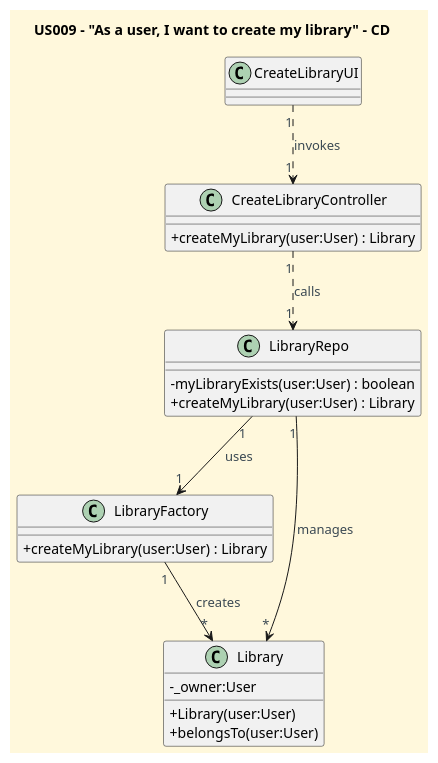
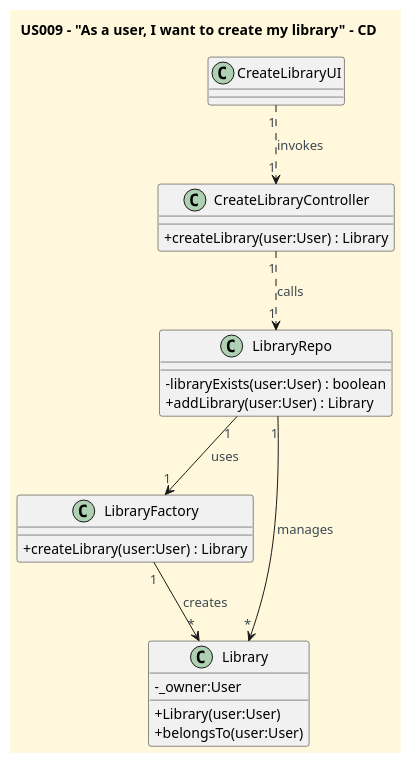
Before and after one commit to CarolinaLeite-collab/JavaMarketplacePlatform: the diagram in docs/userStories/US009/US009_create_my_library_CD.puml, drawn with PlantUML. The commit also changed 1 other file, not shown here.

```diff
--- a/docs/userStories/US009/US009_create_my_library_CD.puml
+++ b/docs/userStories/US009/US009_create_my_library_CD.puml
@@ -1,52 +1,48 @@
 @startuml
 'https://plantuml.com/class-diagram
 title US009 – "As a user, I want to create my library" - CD
 
 '==== basic style ====
 skinparam monochrome false
 skinparam shadowing false
 skinparam defaultFontName Futura
 skinparam objectFontSize 20
 skinparam backgroundColor CornSilk
 skinparam objectBackgroundColor WhiteSmoke
 skinparam noteBackgroundColor #FFFFE0
 skinparam ArrowFontColor #3B4953
 skinparam ActivationBackgroundColor black
 skinparam classAttributeIconSize 0
 
 class CreateLibraryUI {
 }
 
 class CreateLibraryController {
-  + createMyLibrary(user:User) : Library
+  + createLibrary(user:User) : Library
 }
 
 class LibraryRepo {
-  - myLibraryExists(user:User) : boolean
-  + createMyLibrary(user:User) : Library
- '+ save(library: Library) : Library'
+  - libraryExists(user:User) : boolean
+  + addLibrary(user:User) : Library
 
 }
 class LibraryFactory {
-+ createMyLibrary(user:User) : Library
++ createLibrary(user:User) : Library
 }
 
 class Library {
   - _owner:User
   + Library(user:User)
   +belongsTo(user:User)
 }
 
 'class User {
 '}
 
 CreateLibraryUI "1" ..> "1" CreateLibraryController : invokes
-'CreateLibraryController "1" ..> "1" FactoryLibrary : calls
 CreateLibraryController "1" ..> "1" LibraryRepo : calls
-'CreateLibraryController "1" --> "1" LibraryRepo : saves
 LibraryRepo "1" --> "1" LibraryFactory : uses
 LibraryFactory "1" --> "*" Library : creates
 LibraryRepo "1" --> "*" Library : manages
-'User "1" --> "1" Library: owns
 
 @enduml
```
